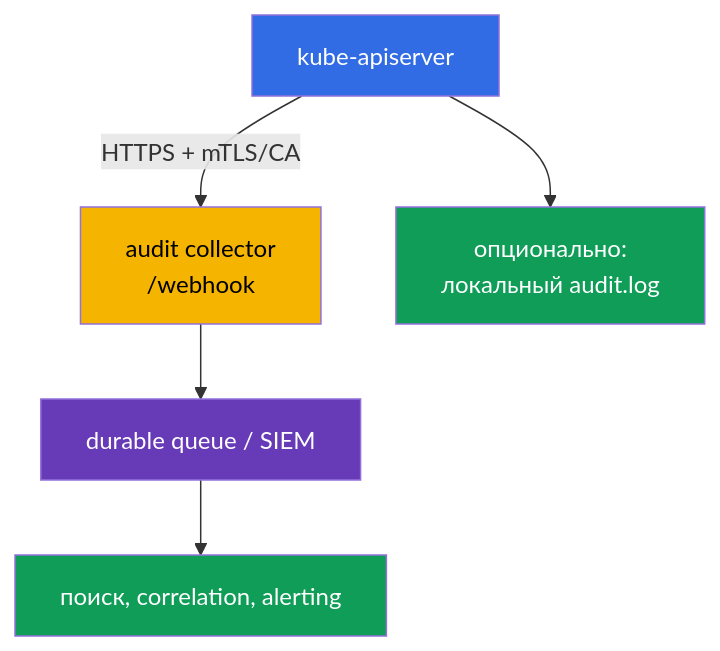
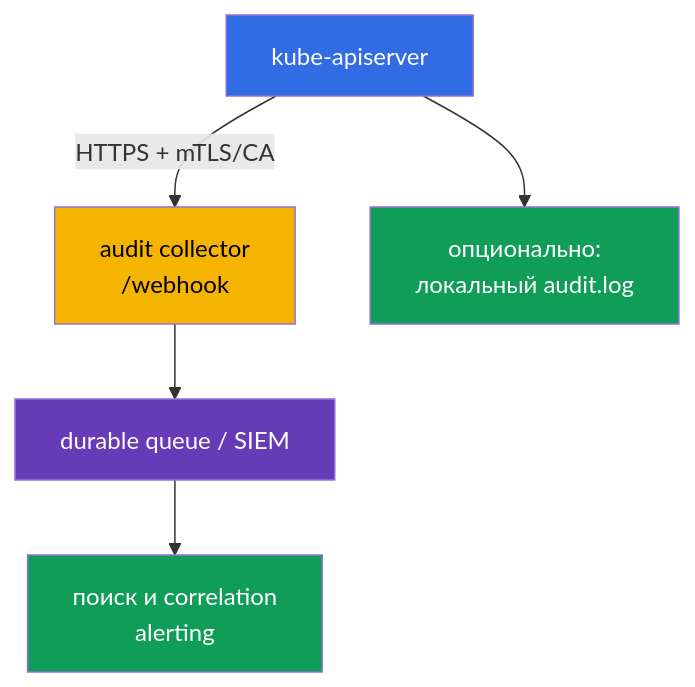
The fourth of 4 diagrams in tasks/cks/course/32/ru.md (ViktorUJ/cks), drawn with Mermaid before and after one commit. The commit also changed other lines of this file and 15 other files, not shown here.

````diff
--- a/tasks/cks/course/32/ru.md
+++ b/tasks/cks/course/32/ru.md
@@ -456,12 +459,12 @@
 ```mermaid
 flowchart TB
     api["kube-apiserver"] -->|"HTTPS + mTLS/CA"| collector["audit collector<br/>/webhook"]
     collector --> queue["durable queue / SIEM"]
-    queue --> search["поиск, correlation, alerting"]
+    queue --> search["поиск и correlation<br/>alerting"]
     api --> local["опционально:<br/>локальный audit.log"]
     style api fill:#326ce5,color:#fff
     style collector fill:#f4b400,color:#000
     style queue fill:#673ab7,color:#fff
     style search fill:#0f9d58,color:#fff
     style local fill:#0f9d58,color:#fff
 ```
````
